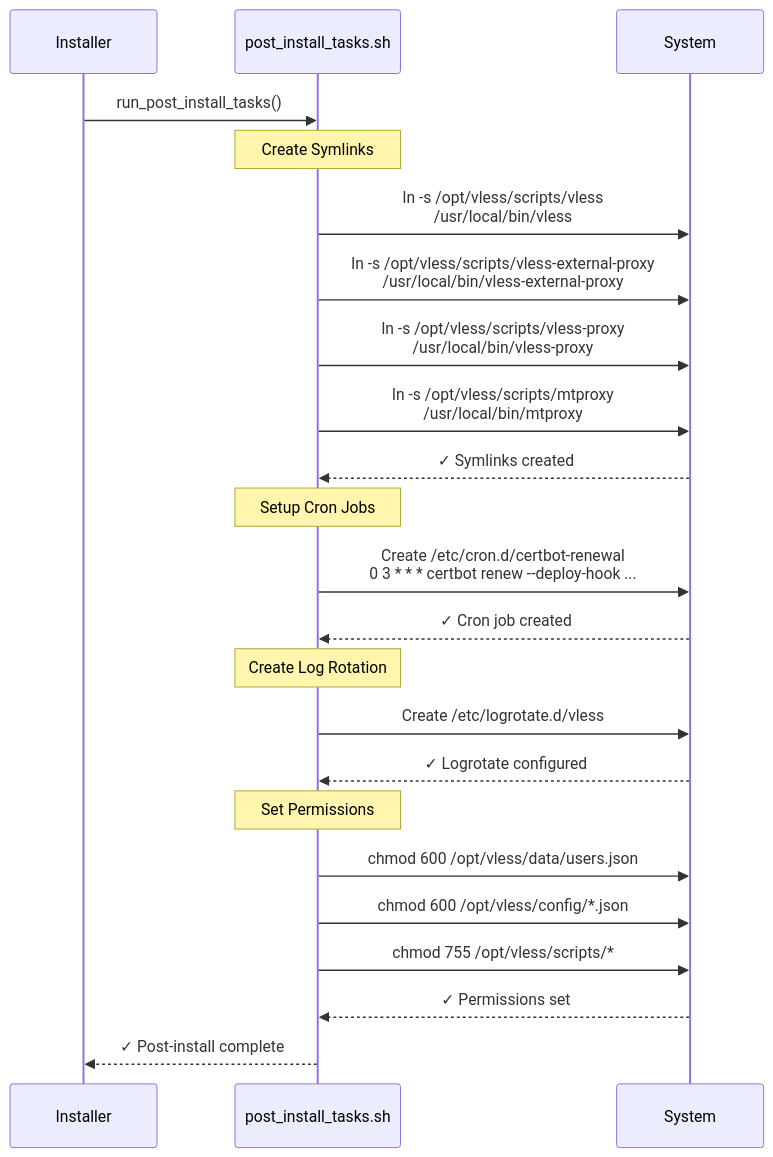
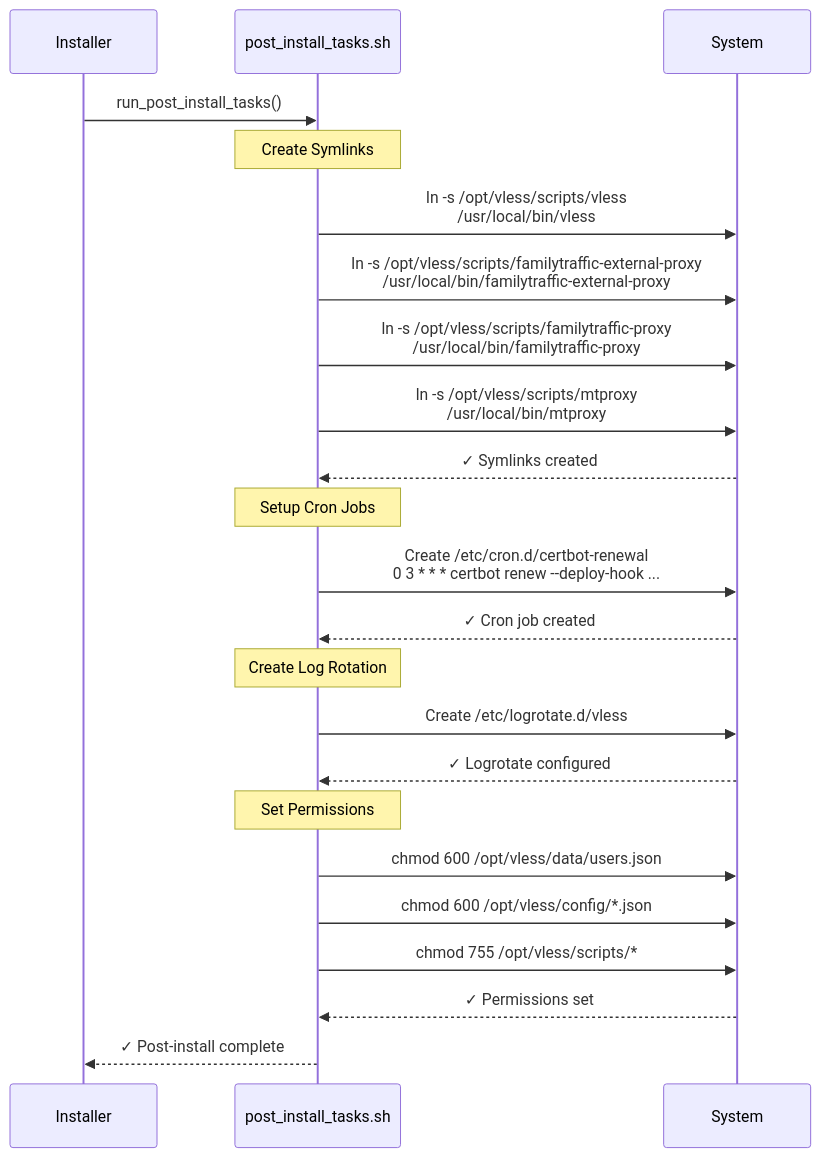
One commit to ikeniborn/vless changed diagram 13 of 14 in docs/architecture/diagrams/dependencies/initialization-order.md. Above: the diagram before and after it, drawn with Mermaid. The commit also changed 23 other files, not shown here.

First line of the commit message:
refactor(scripts): rename vless-* scripts to familytraffic-* + content fixes

````diff
--- a/docs/architecture/diagrams/dependencies/initialization-order.md
+++ b/docs/architecture/diagrams/dependencies/initialization-order.md
@@ -597,35 +597,35 @@
 ```mermaid
 sequenceDiagram
     participant Installer
     participant PostInstall as post_install_tasks.sh
     participant System
 
     Installer->>PostInstall: run_post_install_tasks()
 
     Note over PostInstall: Create Symlinks
 
     PostInstall->>System: ln -s /opt/vless/scripts/vless<br/>/usr/local/bin/vless
-    PostInstall->>System: ln -s /opt/vless/scripts/vless-external-proxy<br/>/usr/local/bin/vless-external-proxy
-    PostInstall->>System: ln -s /opt/vless/scripts/vless-proxy<br/>/usr/local/bin/vless-proxy
+    PostInstall->>System: ln -s /opt/vless/scripts/familytraffic-external-proxy<br/>/usr/local/bin/familytraffic-external-proxy
+    PostInstall->>System: ln -s /opt/vless/scripts/familytraffic-proxy<br/>/usr/local/bin/familytraffic-proxy
     PostInstall->>System: ln -s /opt/vless/scripts/mtproxy<br/>/usr/local/bin/mtproxy
     System-->>PostInstall: ✓ Symlinks created
 
     Note over PostInstall: Setup Cron Jobs
 
     PostInstall->>System: Create /etc/cron.d/certbot-renewal<br/>0 3 * * * certbot renew --deploy-hook ...
     System-->>PostInstall: ✓ Cron job created
 
     Note over PostInstall: Create Log Rotation
 
     PostInstall->>System: Create /etc/logrotate.d/vless
     System-->>PostInstall: ✓ Logrotate configured
 
     Note over PostInstall: Set Permissions
 
     PostInstall->>System: chmod 600 /opt/vless/data/users.json
     PostInstall->>System: chmod 600 /opt/vless/config/*.json
     PostInstall->>System: chmod 755 /opt/vless/scripts/*
     System-->>PostInstall: ✓ Permissions set
 
     PostInstall-->>Installer: ✓ Post-install complete
 ```
````
